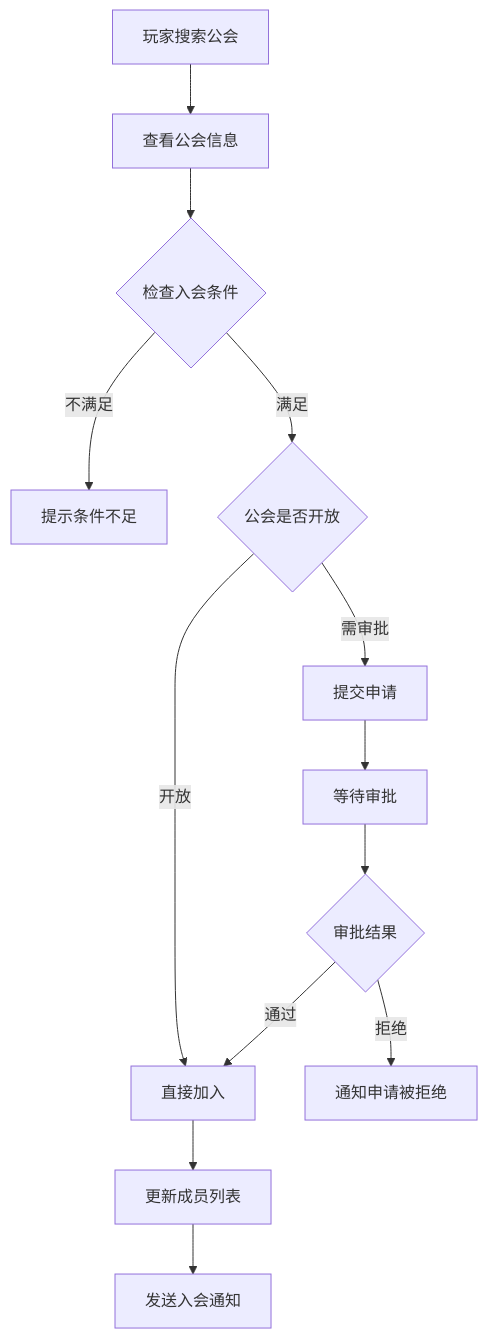
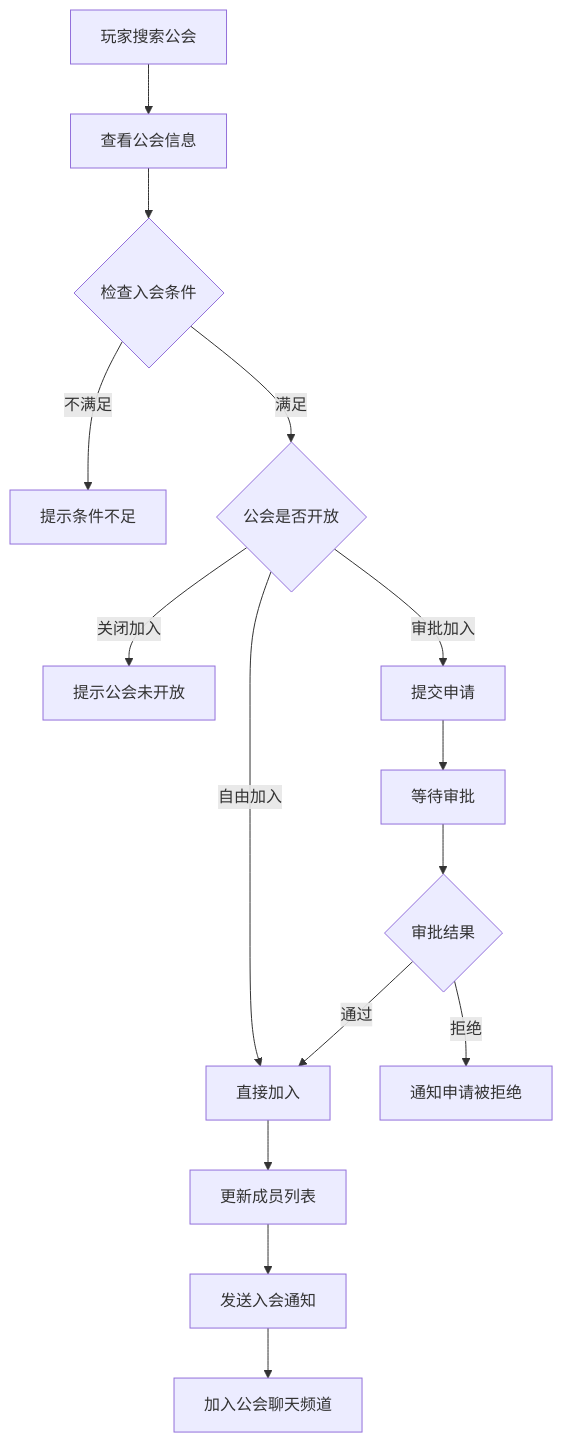
One commit to Alan-Ben/k2c_game_framework changed the second of 8 diagrams in docs/Module_Guild/05_完整说明.md. Above: the diagram before and after it, drawn with Mermaid. The commit also changed other lines of this file and 75 other files, not shown here.

````diff
--- a/docs/Module_Guild/05_完整说明.md
+++ b/docs/Module_Guild/05_完整说明.md
@@ -121,15 +148,17 @@
 ```mermaid
 flowchart TD
     A[玩家搜索公会] --> B[查看公会信息]
     B --> C{检查入会条件}
     C -->|不满足| D[提示条件不足]
     C -->|满足| E{公会是否开放}
-    E -->|开放| F[直接加入]
-    E -->|需审批| G[提交申请]
-    G --> H[等待审批]
-    H --> I{审批结果}
-    I -->|通过| F
-    I -->|拒绝| J[通知申请被拒绝]
-    F --> K[更新成员列表]
-    K --> L[发送入会通知]
+    E -->|关闭加入| F[提示公会未开放]
+    E -->|自由加入| G[直接加入]
+    E -->|审批加入| H[提交申请]
+    H --> I[等待审批]
+    I --> J{审批结果}
+    J -->|通过| G
+    J -->|拒绝| K[通知申请被拒绝]
+    G --> L[更新成员列表]
+    L --> M[发送入会通知]
+    M --> N[加入公会聊天频道]
 ```
````
